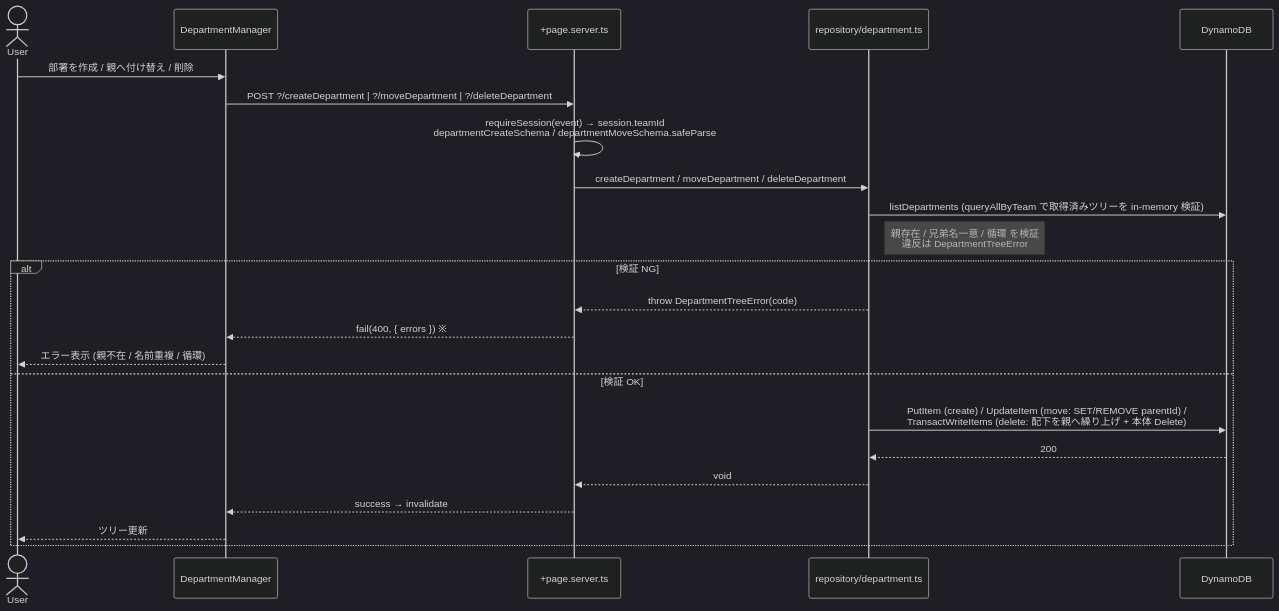
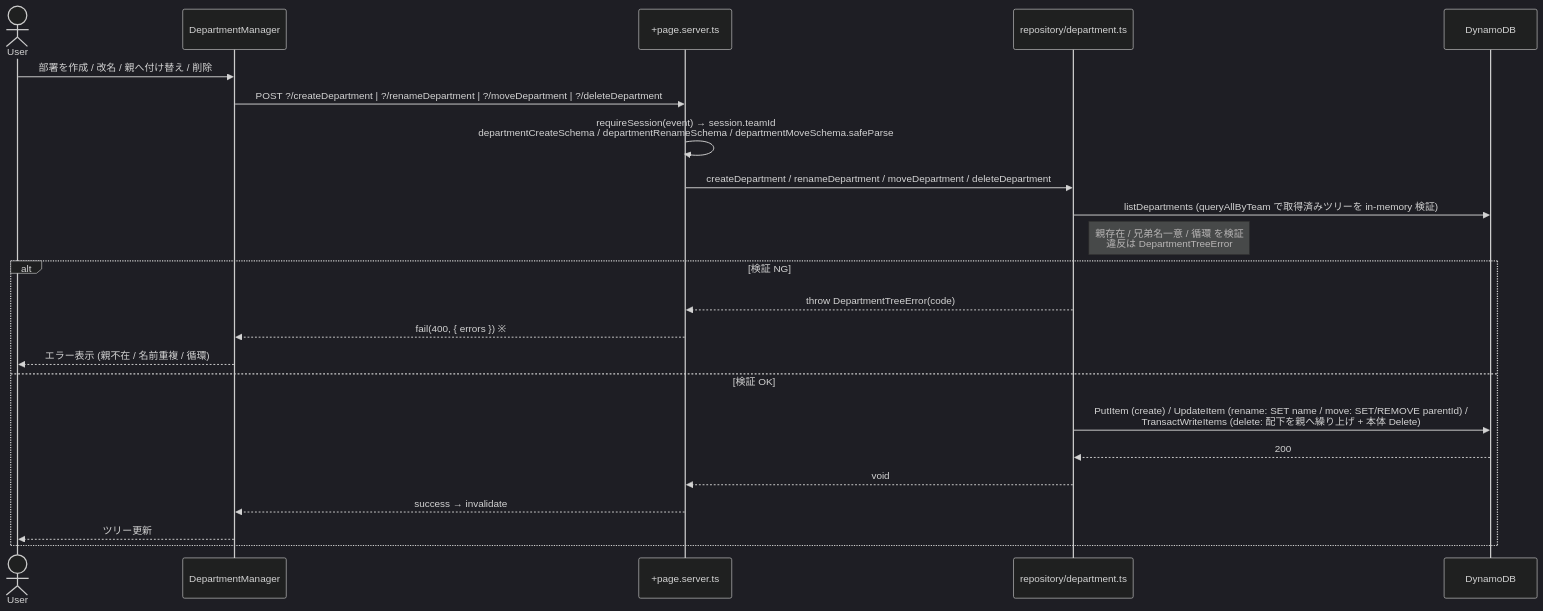
Before and after one commit to tommykey-apps/resource-planner: the ninth of 9 diagrams in docs/use-cases.md, drawn with Mermaid (dark theme). The commit also changed other lines of this file and 12 other files, not shown here.

````diff
--- a/docs/use-cases.md
+++ b/docs/use-cases.md
@@ -536,26 +536,26 @@
 ```mermaid
 sequenceDiagram
     actor User
     participant SK as DepartmentManager
     participant Server as +page.server.ts
     participant Repo as repository/department.ts
     participant DDB as DynamoDB
 
-    User->>SK: 部署を作成 / 親へ付け替え / 削除
-    SK->>Server: POST ?/createDepartment | ?/moveDepartment | ?/deleteDepartment
-    Server->>Server: requireSession(event) → session.teamId<br/>departmentCreateSchema / departmentMoveSchema.safeParse
-    Server->>Repo: createDepartment / moveDepartment / deleteDepartment
+    User->>SK: 部署を作成 / 改名 / 親へ付け替え / 削除
+    SK->>Server: POST ?/createDepartment | ?/renameDepartment | ?/moveDepartment | ?/deleteDepartment
+    Server->>Server: requireSession(event) → session.teamId<br/>departmentCreateSchema / departmentRenameSchema / departmentMoveSchema.safeParse
+    Server->>Repo: createDepartment / renameDepartment / moveDepartment / deleteDepartment
     Repo->>DDB: listDepartments (queryAllByTeam で取得済みツリーを in-memory 検証)
     note right of Repo: 親存在 / 兄弟名一意 / 循環 を検証<br/>違反は DepartmentTreeError
     alt 検証 NG
         Repo-->>Server: throw DepartmentTreeError(code)
         Server-->>SK: fail(400, { errors })  ※ #240 で wire format に map
         SK-->>User: エラー表示 (親不在 / 名前重複 / 循環)
     else 検証 OK
-        Repo->>DDB: PutItem (create) / UpdateItem (move: SET/REMOVE parentId) /<br/>TransactWriteItems (delete: 配下を親へ繰り上げ + 本体 Delete)
+        Repo->>DDB: PutItem (create) / UpdateItem (rename: SET name / move: SET/REMOVE parentId) /<br/>TransactWriteItems (delete: 配下を親へ繰り上げ + 本体 Delete)
         DDB-->>Repo: 200
         Repo-->>Server: void
         Server-->>SK: success → invalidate
         SK-->>User: ツリー更新
     end
 ```
````
